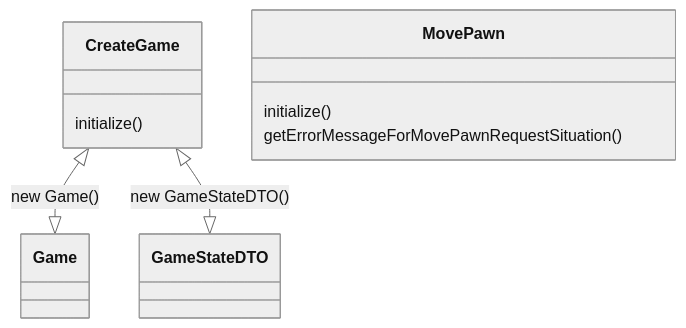
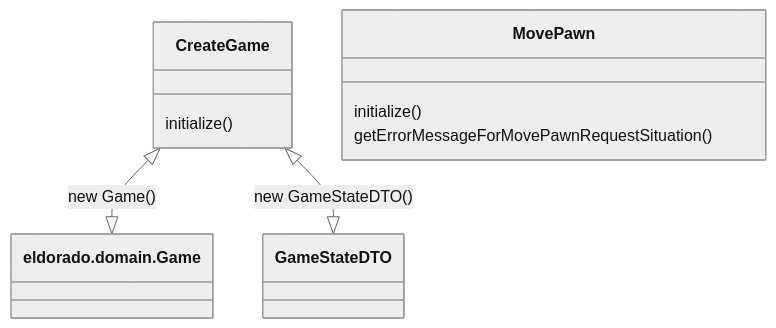
Before and after one commit to stijnlinderman/eldorado: the fifth of 7 diagrams in ARCHITECTURE.md, drawn with Mermaid (neutral theme).

````diff
--- a/ARCHITECTURE.md
+++ b/ARCHITECTURE.md
@@ -64,9 +64,9 @@
 ```mermaid
 classDiagram
-	CreateGame <|--|> Game: new Game()
+	CreateGame <|--|> eldorado.domain.Game: new Game()
 	CreateGame <|--|> GameStateDTO: new GameStateDTO()
 	CreateGame : initialize()
 	class MovePawn
 	MovePawn : initialize()
 	MovePawn : getErrorMessageForMovePawnRequestSituation()
 ```
````
